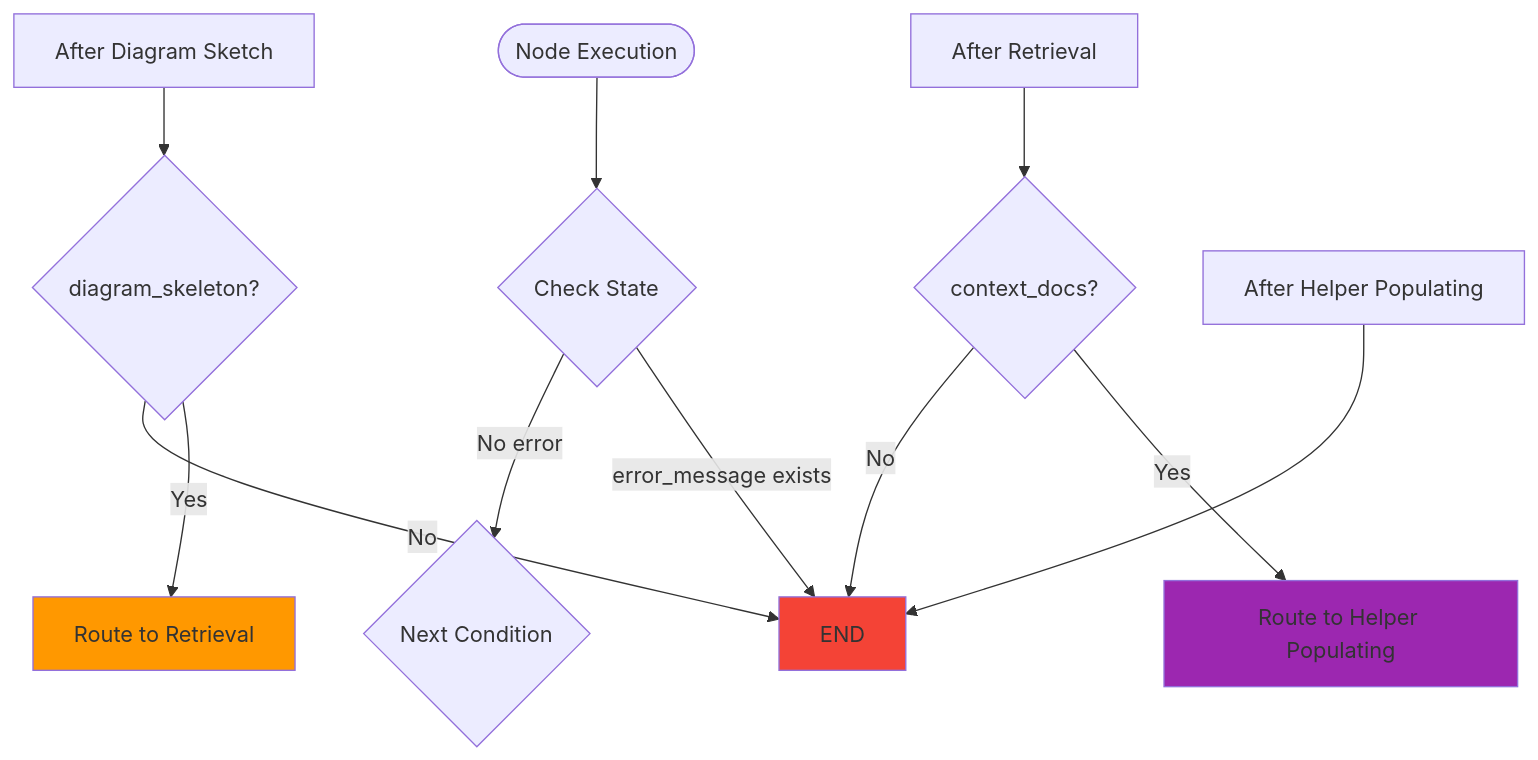
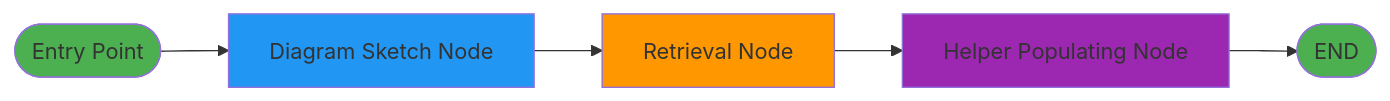
One commit to h19overflow/diagram_maker changed the tenth of 10 diagrams in README.md. Above: the diagram before and after it, drawn with Mermaid. The commit also changed other lines of this file, not shown here.

````diff
--- a/README.md
+++ b/README.md
@@ -603,21 +591,13 @@
 ```mermaid
-flowchart TD
-    Start([Node Execution]) --> Check{Check State}
+flowchart LR
+    Start([Entry Point]) --> Sketch[Diagram Sketch Node]
+    Sketch --> Retrieval[Retrieval Node]
+    Retrieval --> Helper[Helper Populating Node]
+    Helper --> End([END])
 
-    Check -->|error_message exists| End[END]
-    Check -->|No error| Next{Next Condition}
-
-    AfterSketch[After Diagram Sketch] --> Next1{diagram_skeleton?}
-    Next1 -->|Yes| Retrieval[Route to Retrieval]
-    Next1 -->|No| End
-
-    AfterRetrieval[After Retrieval] --> Next2{context_docs?}
-    Next2 -->|Yes| Helper[Route to Helper Populating]
-    Next2 -->|No| End
-
-    AfterHelper[After Helper Populating] --> End
-
-    style End fill:#F44336
+    style Start fill:#4CAF50
+    style End fill:#4CAF50
+    style Sketch fill:#2196F3
     style Retrieval fill:#FF9800
     style Helper fill:#9C27B0
 ```
````
